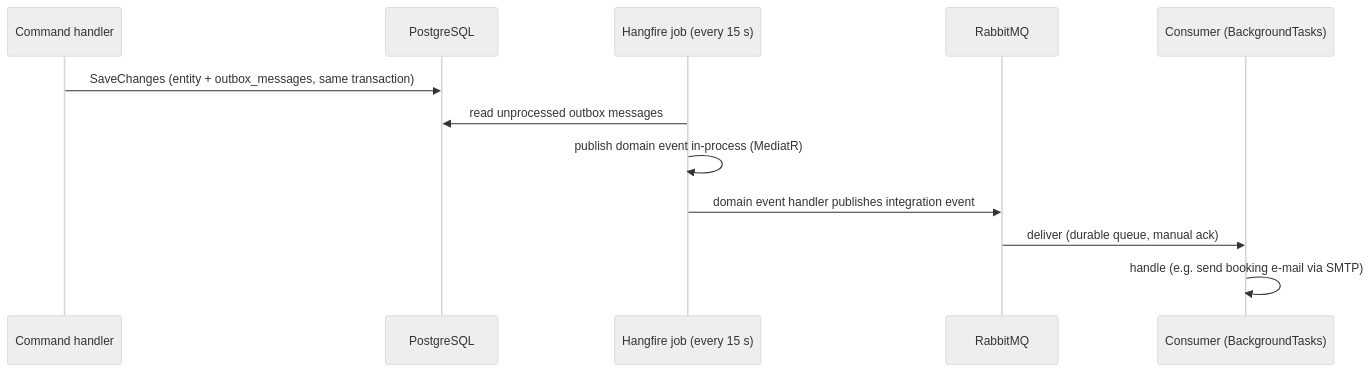
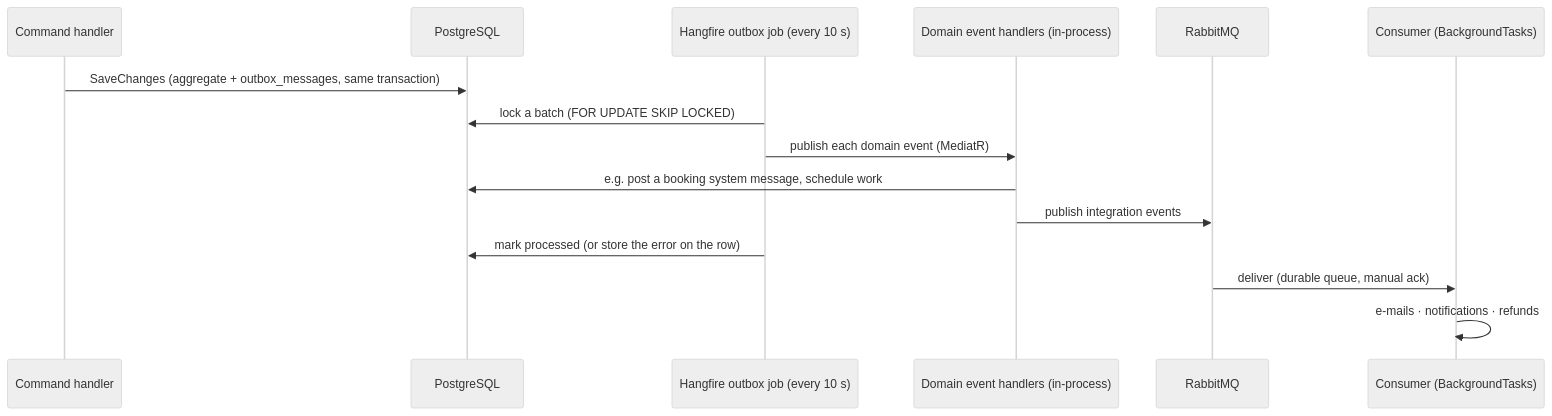
The second of 9 diagrams in docs/architecture.md (HilthonTT/Lodge), drawn with Mermaid (neutral theme) before and after one commit. The commit also changed other lines of this file and 2 other files, not shown here.

First line of the commit message:
docs: rewrite API reference, architecture and development guides

````diff
--- a/docs/architecture.md
+++ b/docs/architecture.md
@@ -62,14 +76,17 @@
 ```mermaid
 sequenceDiagram
     participant H as Command handler
     participant DB as PostgreSQL
-    participant J as Hangfire job (every 15 s)
+    participant J as Hangfire outbox job (every 10 s)
+    participant D as Domain event handlers (in-process)
     participant MQ as RabbitMQ
     participant C as Consumer (BackgroundTasks)
-    H->>DB: SaveChanges (entity + outbox_messages, same transaction)
-    J->>DB: read unprocessed outbox messages
-    J->>J: publish domain event in-process (MediatR)
-    J->>MQ: domain event handler publishes integration event
+    H->>DB: SaveChanges (aggregate + outbox_messages, same transaction)
+    J->>DB: lock a batch (FOR UPDATE SKIP LOCKED)
+    J->>D: publish each domain event (MediatR)
+    D->>DB: e.g. post a booking system message, schedule work
+    D->>MQ: publish integration events
+    J->>DB: mark processed (or store the error on the row)
     MQ->>C: deliver (durable queue, manual ack)
-    C->>C: handle (e.g. send booking e-mail via SMTP)
+    C->>C: e-mails · notifications · refunds
 ```
````
